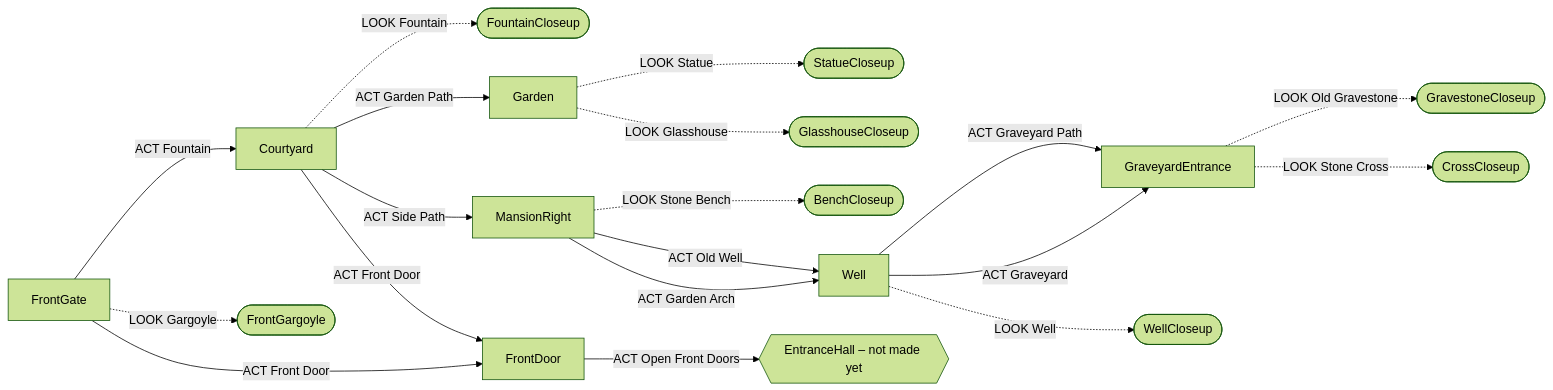
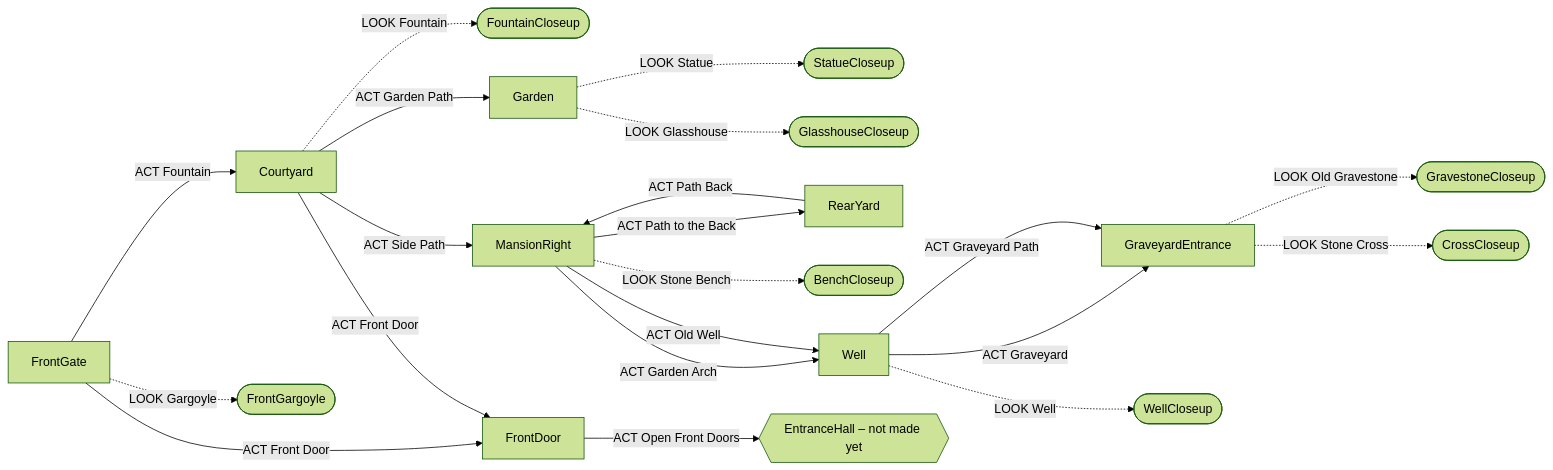
Before and after one commit to jamesmcmahondk-oss/The-Mansion: the diagram in SCENES.md, drawn with Mermaid (forest theme). The commit also changed other lines of this file and 8 other files, not shown here.

First line of the commit message:
Add the Rear Yard (service side of the Mansion)

````diff
--- a/SCENES.md
+++ b/SCENES.md
@@ -9,37 +9,40 @@
 ```mermaid
 flowchart LR
     FrontGate["FrontGate"]
     FountainCloseup(["FountainCloseup"])
     Courtyard["Courtyard"]
     Garden["Garden"]
     StatueCloseup(["StatueCloseup"])
     GlasshouseCloseup(["GlasshouseCloseup"])
     MansionRight["MansionRight"]
+    RearYard["RearYard"]
     BenchCloseup(["BenchCloseup"])
     Well["Well"]
     GraveyardEntrance["GraveyardEntrance"]
     WellCloseup(["WellCloseup"])
     CrossCloseup(["CrossCloseup"])
     GravestoneCloseup(["GravestoneCloseup"])
     FrontGargoyle(["FrontGargoyle"])
     FrontDoor["FrontDoor"]
     FrontGate -->|ACT Fountain| Courtyard
     FrontGate -->|ACT Front Door| FrontDoor
     FrontGate -.->|LOOK Gargoyle| FrontGargoyle
     Courtyard -.->|LOOK Fountain| FountainCloseup
     Courtyard -->|ACT Front Door| FrontDoor
     Courtyard -->|ACT Garden Path| Garden
     Courtyard -->|ACT Side Path| MansionRight
     Garden -.->|LOOK Glasshouse| GlasshouseCloseup
     Garden -.->|LOOK Statue| StatueCloseup
     MansionRight -->|ACT Garden Arch| Well
+    MansionRight -->|ACT Path to the Back| RearYard
     MansionRight -->|ACT Old Well| Well
     MansionRight -.->|LOOK Stone Bench| BenchCloseup
+    RearYard -->|ACT Path Back| MansionRight
     Well -.->|LOOK Well| WellCloseup
     Well -->|ACT Graveyard| GraveyardEntrance
     Well -->|ACT Graveyard Path| GraveyardEntrance
     GraveyardEntrance -.->|LOOK Old Gravestone| GravestoneCloseup
     GraveyardEntrance -.->|LOOK Stone Cross| CrossCloseup
     FrontDoor -->|ACT Open Front Doors| EntranceHall
     EntranceHall{{"EntranceHall – not made yet"}}
 ```
````
